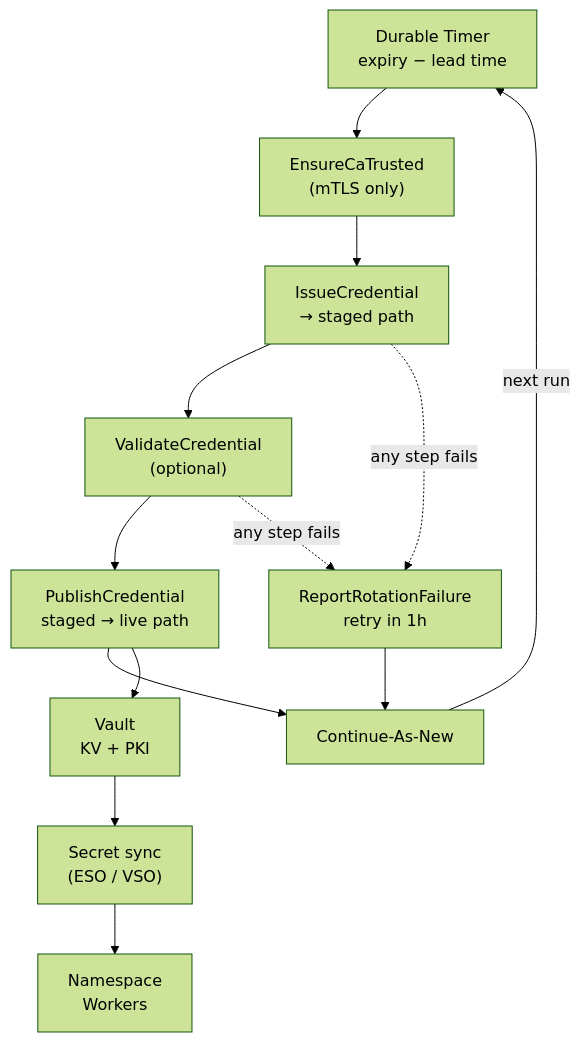
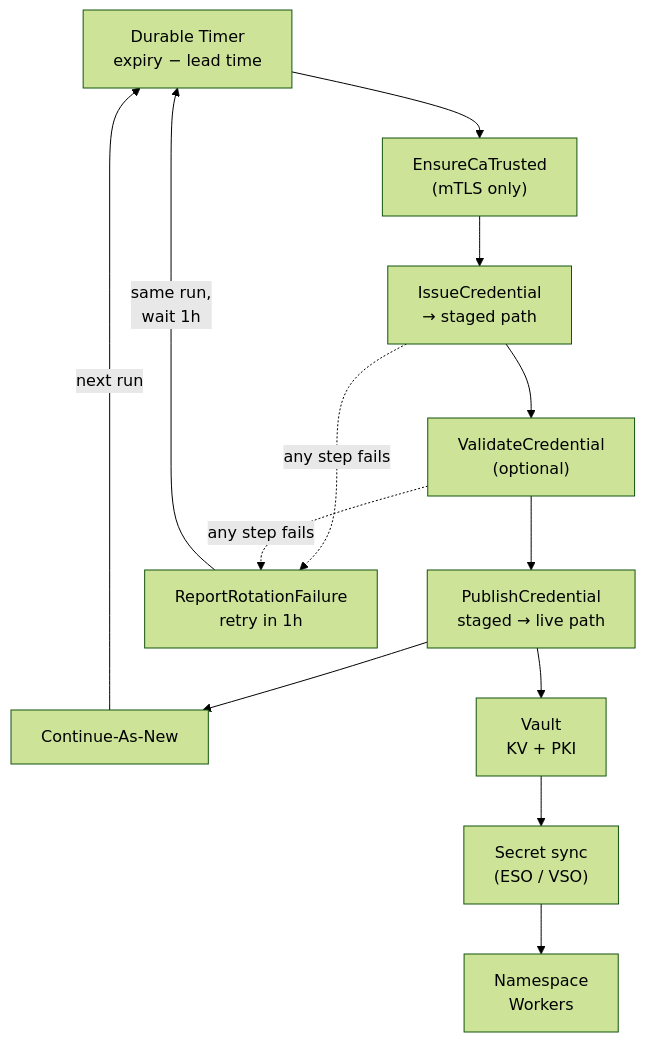
Before and after one commit to mikeacjones/syntaxsugar.io: the diagram in posts/2026/rotate-temporal-cloud-credentials/index.mdx, drawn with Mermaid (forest theme). The commit also changed other lines of this file and 1 other file, not shown here.

First line of the commit message:
Rewrite the credential rotation intro and retry failures in the same run

````diff
--- a/posts/2026/rotate-temporal-cloud-credentials/index.mdx
+++ b/posts/2026/rotate-temporal-cloud-credentials/index.mdx
@@ -31,29 +41,29 @@
 ```mermaid
 flowchart TB
   accTitle: One rotation cycle
-  accDescr: The rotation Workflow sleeps until the lead time before expiry, then issues, validates, and publishes a new credential to Vault, and continues as new.
+  accDescr: The rotation Workflow sleeps until the lead time before expiry, then issues, validates, and publishes a new credential to Vault. A failure is reported and retried in the same run; only a successful rotation continues as new.
   wait["Durable Timer<br/>expiry − lead time"]
   ca["EnsureCaTrusted<br/>(mTLS only)"]
   issue["IssueCredential<br/>→ staged path"]
   validate["ValidateCredential<br/>(optional)"]
   publish["PublishCredential<br/>staged → live path"]
   alert["ReportRotationFailure<br/>retry in 1h"]
   can["Continue-As-New"]
   vault["Vault<br/>KV + PKI"]
   sync["Secret sync<br/>(ESO / VSO)"]
   workers["Namespace<br/>Workers"]
 
   wait --> ca --> issue --> validate --> publish --> can
   issue -. "any step fails" .-> alert
   validate -. "any step fails" .-> alert
-  alert --> can
+  alert -- "same run,<br/>wait 1h" --> wait
   can -- "next run" --> wait
   publish --> vault
   vault --> sync --> workers
 
   class wait,can workflow
   class ca,issue,validate,publish activity
   class alert pain
   class vault,sync external
   class workers app
 ```
````
